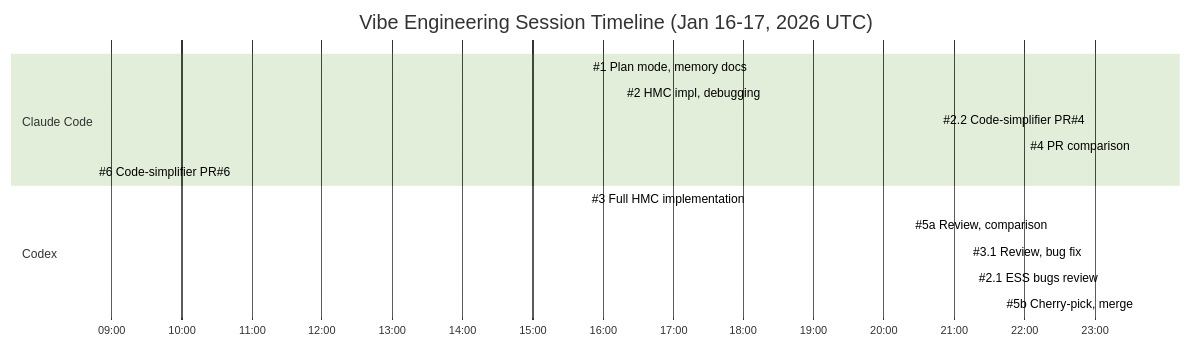
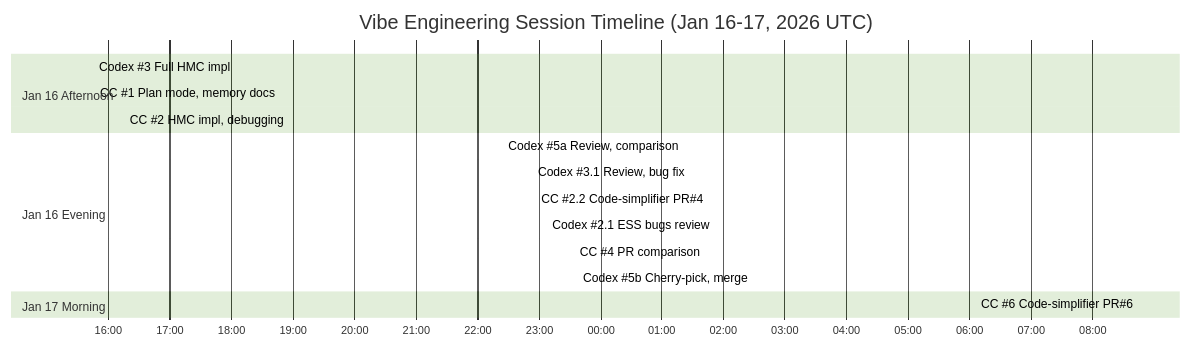
One commit to StefanSko/jax-js-mcmc changed the diagram in docs/vibe-engineering-workflow.md. Above: the diagram before and after it, drawn with Mermaid (forest theme). The commit also changed other lines of this file, not shown here.

Commit message:
Reorder Gantt chart chronologically left-to-right
- Interleave Claude Code and Codex sessions by start time
- Group into time-of-day sections (Afternoon, Evening, Morning)
- Use full date format to handle multi-day span correctly

````diff
--- a/docs/vibe-engineering-workflow.md
+++ b/docs/vibe-engineering-workflow.md
@@ -101,20 +101,22 @@
 ```mermaid
 gantt
     title Vibe Engineering Session Timeline (Jan 16-17, 2026 UTC)
-    dateFormat HH:mm
+    dateFormat YYYY-MM-DD HH:mm
     axisFormat %H:%M
 
-    section Claude Code
-    #1 Plan mode, memory docs     :cc1, 15:47, 27min
-    #2 HMC impl, debugging        :cc2, 16:16, 10min
-    #2.2 Code-simplifier PR#4     :cc22, 22:57, 11min
-    #4 PR comparison              :cc4, 23:35, 897min
-    #6 Code-simplifier PR#6       :cc6, 08:45, 258min
+    section Jan 16 Afternoon
+    Codex #3 Full HMC impl        :cx3, 2026-01-16 15:46, 415min
+    CC #1 Plan mode, memory docs  :cc1, 2026-01-16 15:47, 27min
+    CC #2 HMC impl, debugging     :cc2, 2026-01-16 16:16, 10min
 
-    section Codex
-    #3 Full HMC implementation    :cx3, 15:46, 415min
-    #5a Review, comparison        :cx5a, 22:25, 76min
-    #3.1 Review, bug fix          :cx31, 22:54, 31min
-    #2.1 ESS bugs review          :cx21, 23:08, 25min
-    #5b Cherry-pick, merge        :cx5b, 23:38, 632min
+    section Jan 16 Evening
+    Codex #5a Review, comparison  :cx5a, 2026-01-16 22:25, 76min
+    Codex #3.1 Review, bug fix    :cx31, 2026-01-16 22:54, 31min
+    CC #2.2 Code-simplifier PR#4  :cc22, 2026-01-16 22:57, 11min
+    Codex #2.1 ESS bugs review    :cx21, 2026-01-16 23:08, 25min
+    CC #4 PR comparison           :cc4, 2026-01-16 23:35, 897min
+    Codex #5b Cherry-pick, merge  :cx5b, 2026-01-16 23:38, 632min
+
+    section Jan 17 Morning
+    CC #6 Code-simplifier PR#6    :cc6, 2026-01-17 08:45, 258min
 ```
````
